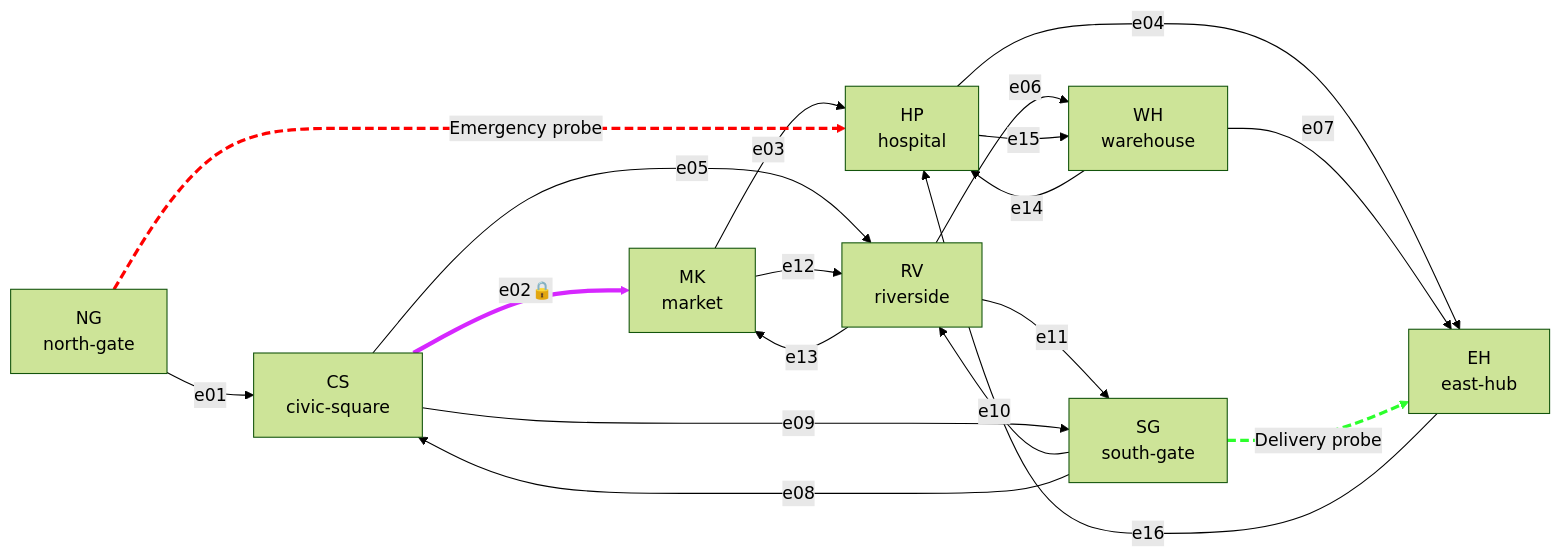
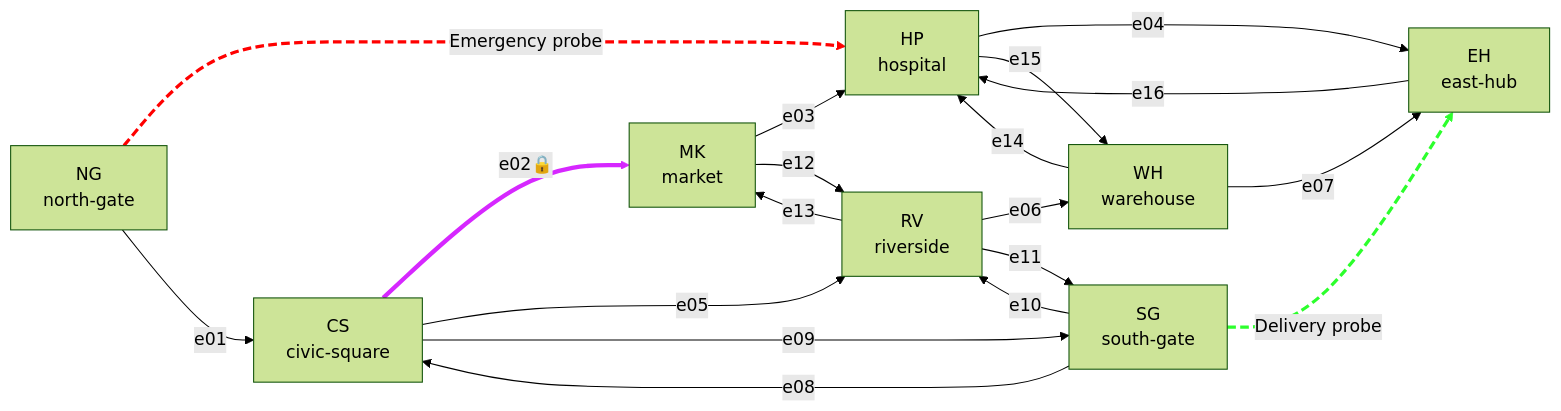
One commit to iAmDanishShahzad/AI-City-Digital-Twin changed the diagram in docs/DISTRICT_GRAPH.md. Above: the diagram before and after it, drawn with Mermaid (forest theme). The commit also changed other lines of this file, not shown here.

Commit message:
Updated the dictrict graph from ASCII to Mermaid

````diff
--- a/docs/DISTRICT_GRAPH.md
+++ b/docs/DISTRICT_GRAPH.md
@@ -5,45 +5,47 @@
 ```mermaid
 graph LR
     NG["NG<br/>north-gate"]
     CS["CS<br/>civic-square"]
     MK["MK<br/>market"]
     HP["HP<br/>hospital"]
     EH["EH<br/>east-hub"]
     SG["SG<br/>south-gate"]
     RV["RV<br/>riverside"]
     WH["WH<br/>warehouse"]
 
+    %% Probe paths
+    NG -. Emergency probe .-> HP
+    SG -. Delivery probe .-> EH
+
     NG -->|e01| CS
     CS -->|e02🔒| MK
     MK -->|e03| HP
     HP -->|e04| EH
 
     CS -->|e05| RV
-    MK -->|e12| RV
-    RV -->|e13| MK
     RV -->|e06| WH
     WH -->|e07| EH
 
+    SG -->|e08| CS
+    CS -->|e09| SG
+
     SG -->|e10| RV
     RV -->|e11| SG
+
+    MK -->|e12| RV
+    RV -->|e13| MK
 
     WH -->|e14| HP
     HP -->|e15| WH
 
     EH -->|e16| HP
-    CS -->|e09| SG
-    SG -->|e08| CS
-
-%% Probe paths
-NG -. Emergency probe .-> HP
-SG -. Delivery probe .-> EH
 
 %% e02 = closable edge
-linkStyle 1 stroke:#d627ff,stroke-width:4px
+linkStyle 3 stroke:#d627ff,stroke-width:4px
 
 %% Emergency probe
-linkStyle 16 stroke:#ff0000,stroke-width:3px,stroke-dasharray:8 4
+linkStyle 0 stroke:#ff0000,stroke-width:3px,stroke-dasharray:8 4
 
 %% Delivery probe
-linkStyle 17 stroke:#2cff2c,stroke-width:3px,stroke-dasharray:8 4
+linkStyle 1 stroke:#2cff2c,stroke-width:3px,stroke-dasharray:8 4
 ```
````
